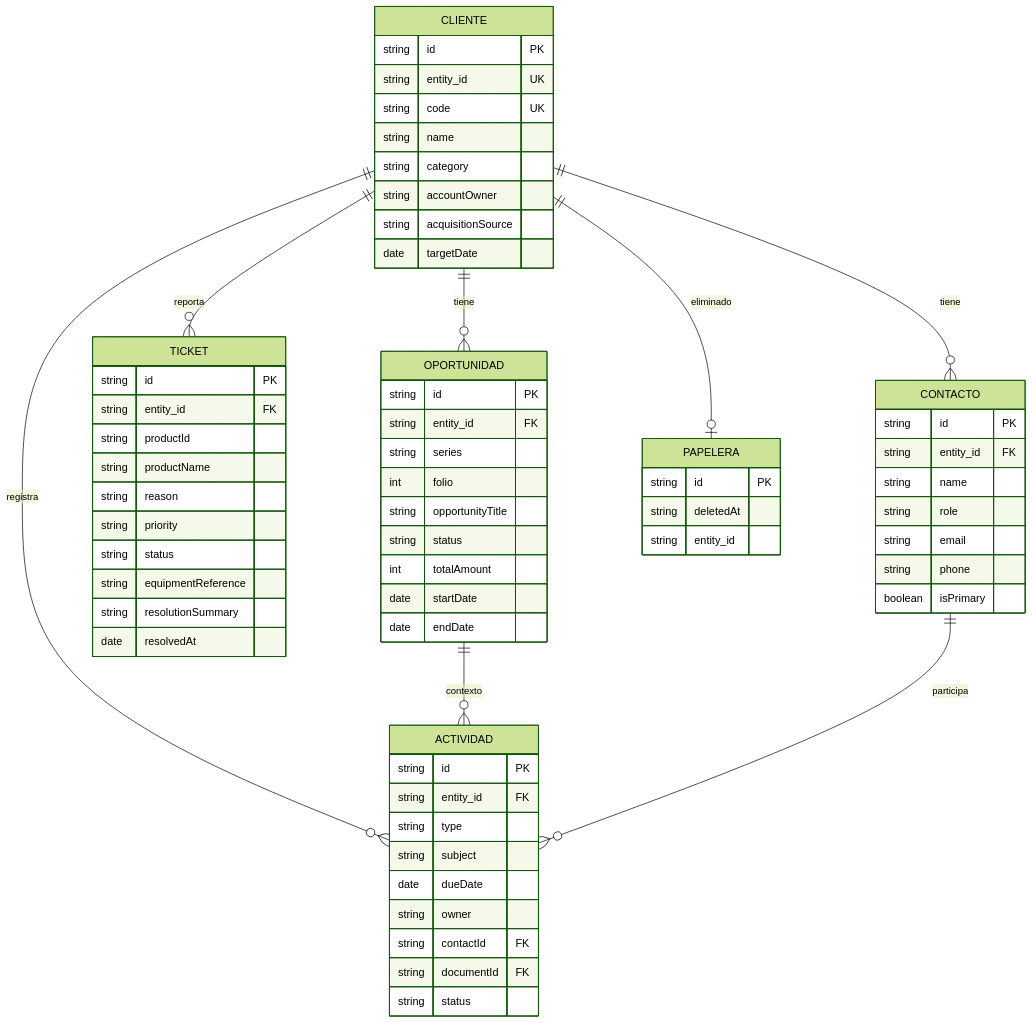
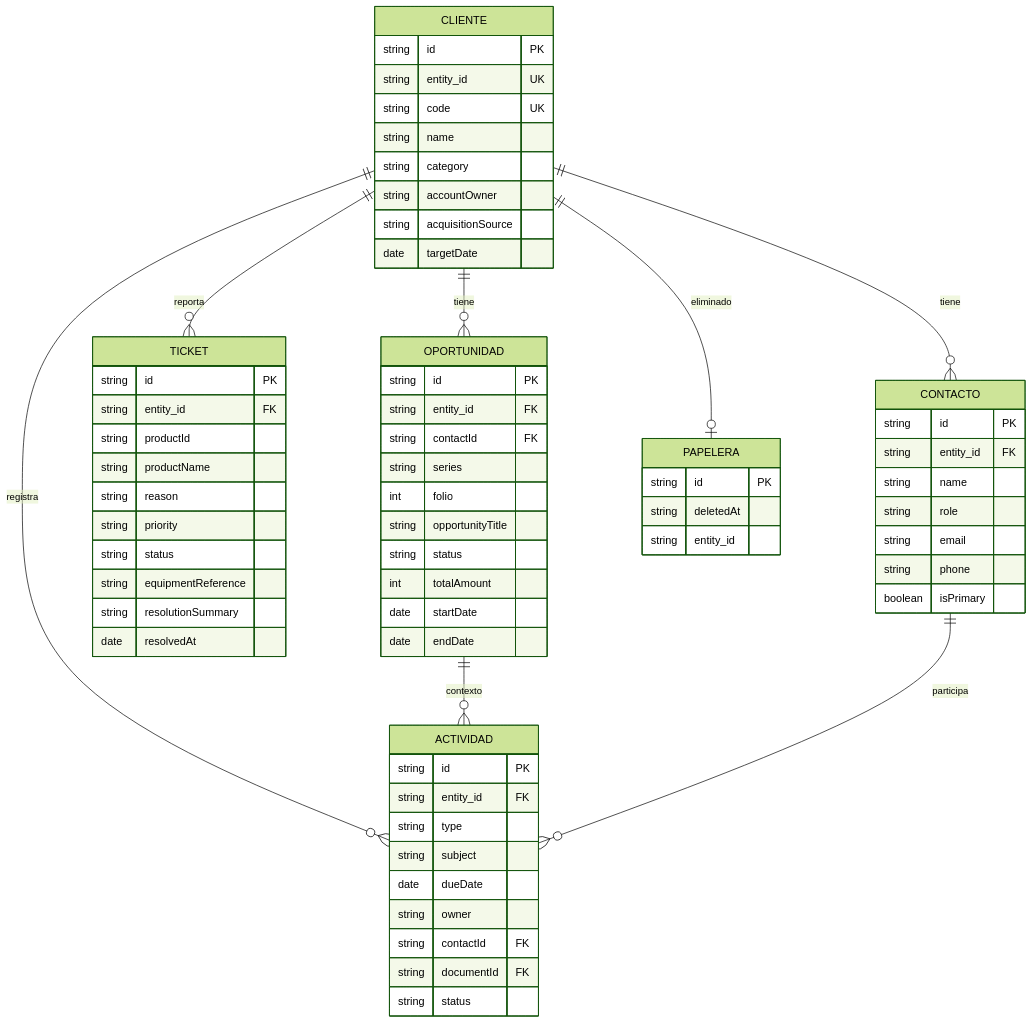
The diagram in specs/001-crm-module/data-model.md (MDS-BI/Grupo-04), drawn with Mermaid (forest theme) before and after one commit. The commit also changed other lines of this file and 21 other files, not shown here.

````diff
--- a/specs/001-crm-module/data-model.md
+++ b/specs/001-crm-module/data-model.md
@@ -299,68 +301,69 @@
 ```mermaid
 erDiagram
     CLIENTE ||--o{ OPORTUNIDAD : tiene
     CLIENTE ||--o{ TICKET : reporta
     CLIENTE ||--o{ CONTACTO : tiene
     CLIENTE ||--o{ ACTIVIDAD : registra
     OPORTUNIDAD ||--o{ ACTIVIDAD : contexto
     CONTACTO ||--o{ ACTIVIDAD : participa
     CLIENTE ||--o| PAPELERA : eliminado
     CLIENTE {
         string id PK
         string entity_id UK
         string code UK
         string name
         string category
         string accountOwner
         string acquisitionSource
         date targetDate
     }
     OPORTUNIDAD {
         string id PK
         string entity_id FK
+        string contactId FK
         string series
         int folio
         string opportunityTitle
         string status
         int totalAmount
         date startDate
         date endDate
     }
     TICKET {
         string id PK
         string entity_id FK
         string productId
         string productName
         string reason
         string priority
         string status
         string equipmentReference
         string resolutionSummary
         date resolvedAt
     }
     CONTACTO {
         string id PK
         string entity_id FK
         string name
         string role
         string email
         string phone
         boolean isPrimary
     }
     ACTIVIDAD {
         string id PK
         string entity_id FK
         string type
         string subject
         date dueDate
         string owner
         string contactId FK
         string documentId FK
         string status
     }
     PAPELERA {
         string id PK
         string deletedAt
         string entity_id
     }
 ```
````
